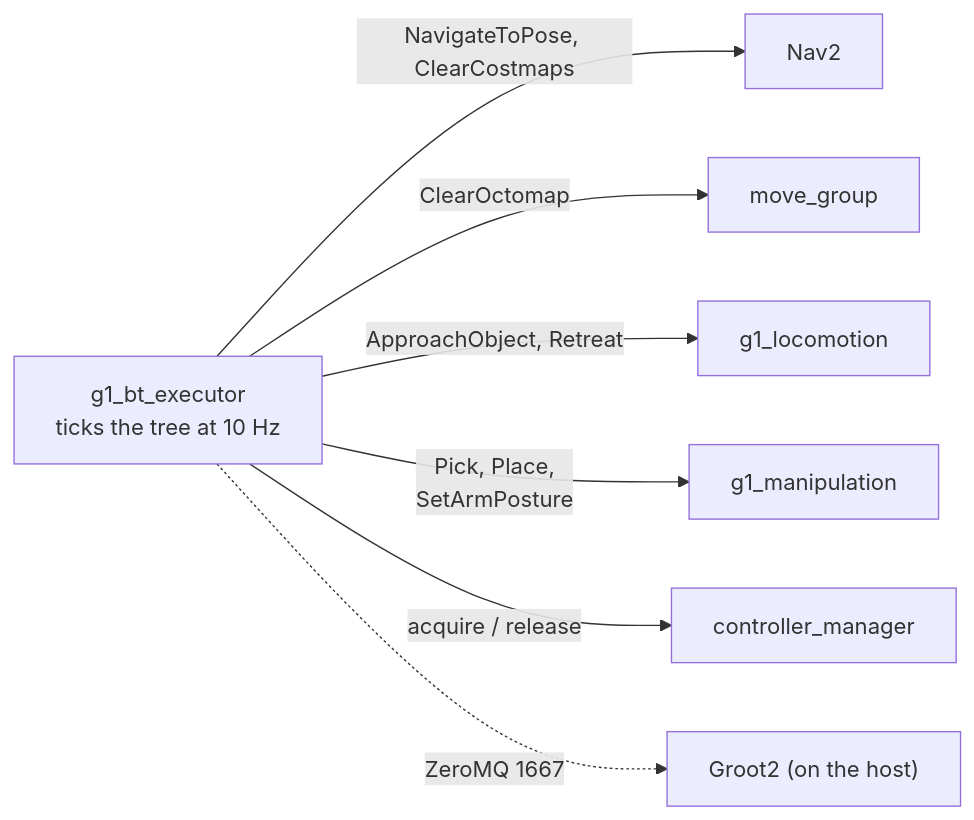
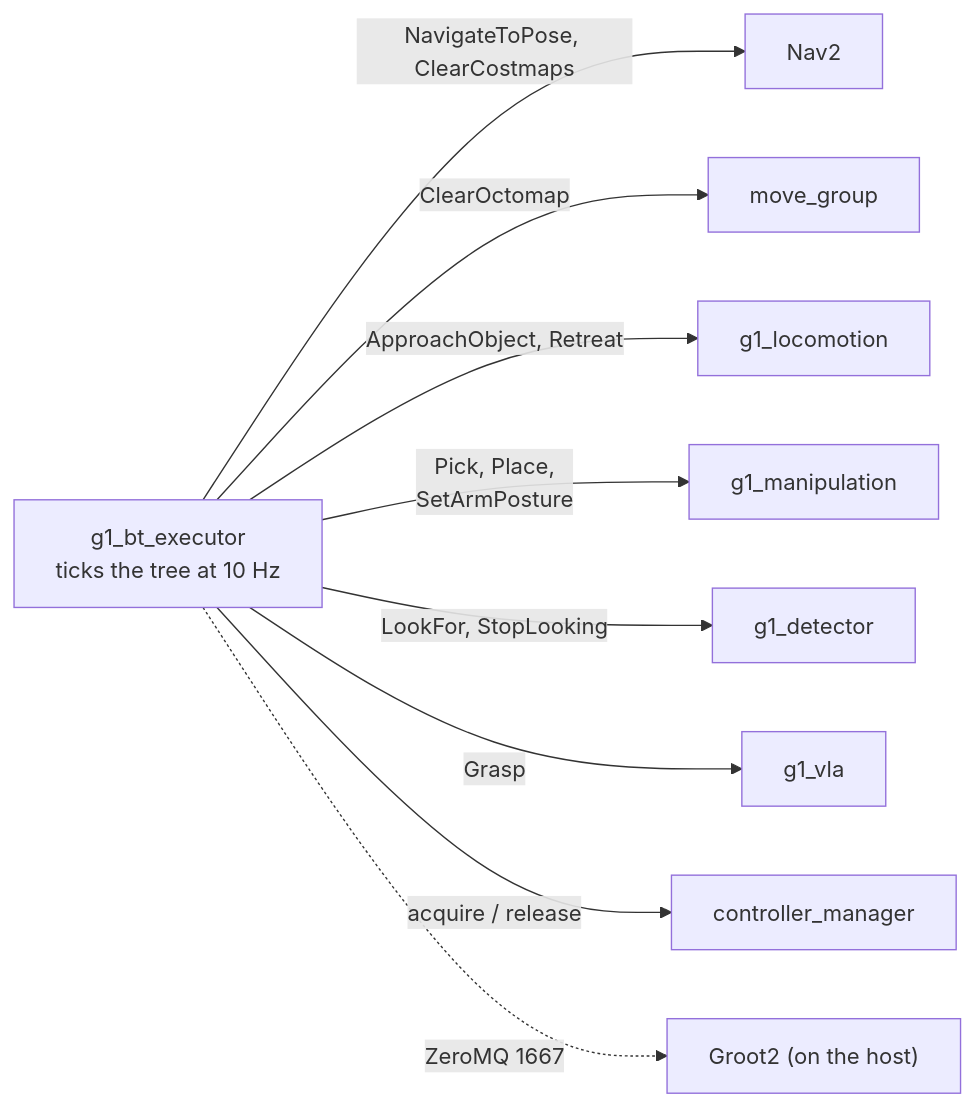
One commit to Adyansh04/grove-g1 changed the diagram in workspace/src/g1_orchestration/README.md. Above: the diagram before and after it, drawn with Mermaid. The commit also changed other lines of this file and 327 other files, not shown here.

````diff
--- a/workspace/src/g1_orchestration/README.md
+++ b/workspace/src/g1_orchestration/README.md
@@ -6,10 +6,12 @@
 ```mermaid
 flowchart LR
     EXE["g1_bt_executor<br/>ticks the tree at 10 Hz"]
     EXE -- "NavigateToPose, ClearCostmaps" --> NAV["Nav2"]
     EXE -- "ClearOctomap" --> MG["move_group"]
     EXE -- "ApproachObject, Retreat" --> BA["g1_locomotion"]
     EXE -- "Pick, Place,<br/>SetArmPosture" --> MAN["g1_manipulation"]
+    EXE -- "LookFor, StopLooking" --> DET["g1_detector"]
+    EXE -- "Grasp" --> VLA["g1_vla"]
     EXE -- "acquire / release" --> CM["controller_manager"]
     EXE -. "ZeroMQ 1667" .-> G["Groot2 (on the host)"]
 ```
````
